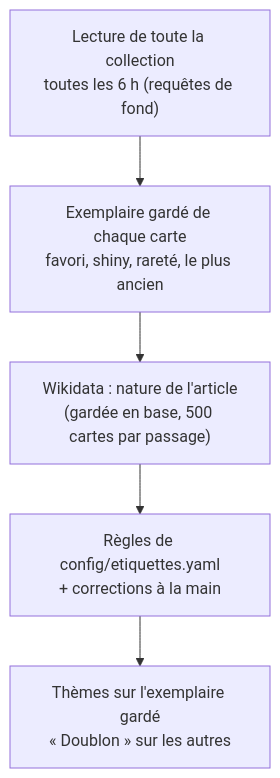
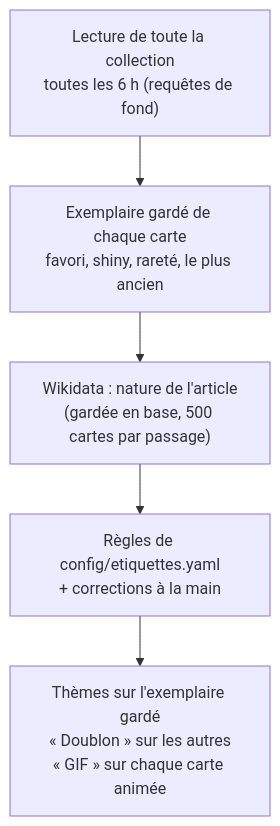
Before and after one commit to MaKSiiMe/WikiMastered: the seventh of 8 diagrams in docs/FONCTIONNEMENT.md, drawn with Mermaid. The commit also changed other lines of this file and 4 other files, not shown here.

First line of the commit message:
Étiquettes : « GIF » sur chaque exemplaire d'une carte animée (#128)

````diff
--- a/docs/FONCTIONNEMENT.md
+++ b/docs/FONCTIONNEMENT.md
@@ -168,7 +168,7 @@
 ```mermaid
 flowchart TD
     L["Lecture de toute la collection<br/>toutes les 6 h (requêtes de fond)"] --> G["Exemplaire gardé de chaque carte<br/>favori, shiny, rareté, le plus ancien"]
     G --> W["Wikidata : nature de l'article<br/>(gardée en base, 500 cartes par passage)"]
     W --> R["Règles de config/etiquettes.yaml<br/>+ corrections à la main"]
-    R --> T["Thèmes sur l'exemplaire gardé<br/>« Doublon » sur les autres"]
+    R --> T["Thèmes sur l'exemplaire gardé<br/>« Doublon » sur les autres<br/>« GIF » sur chaque carte animée"]
 ```
````
